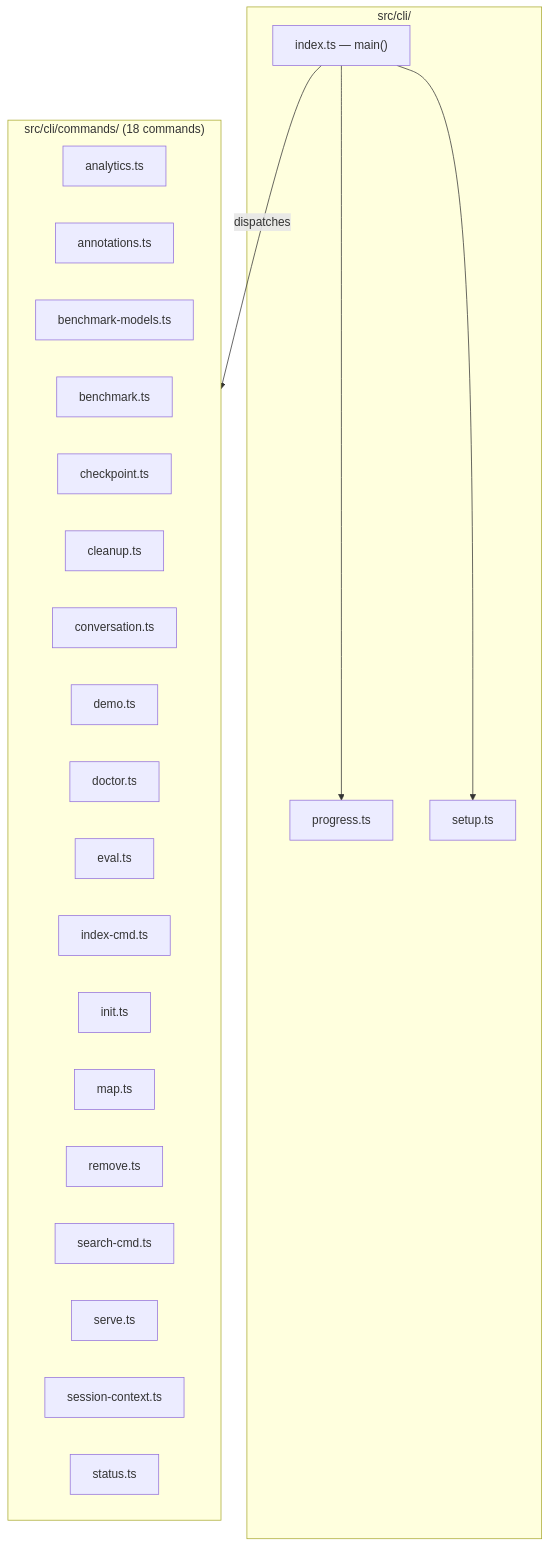
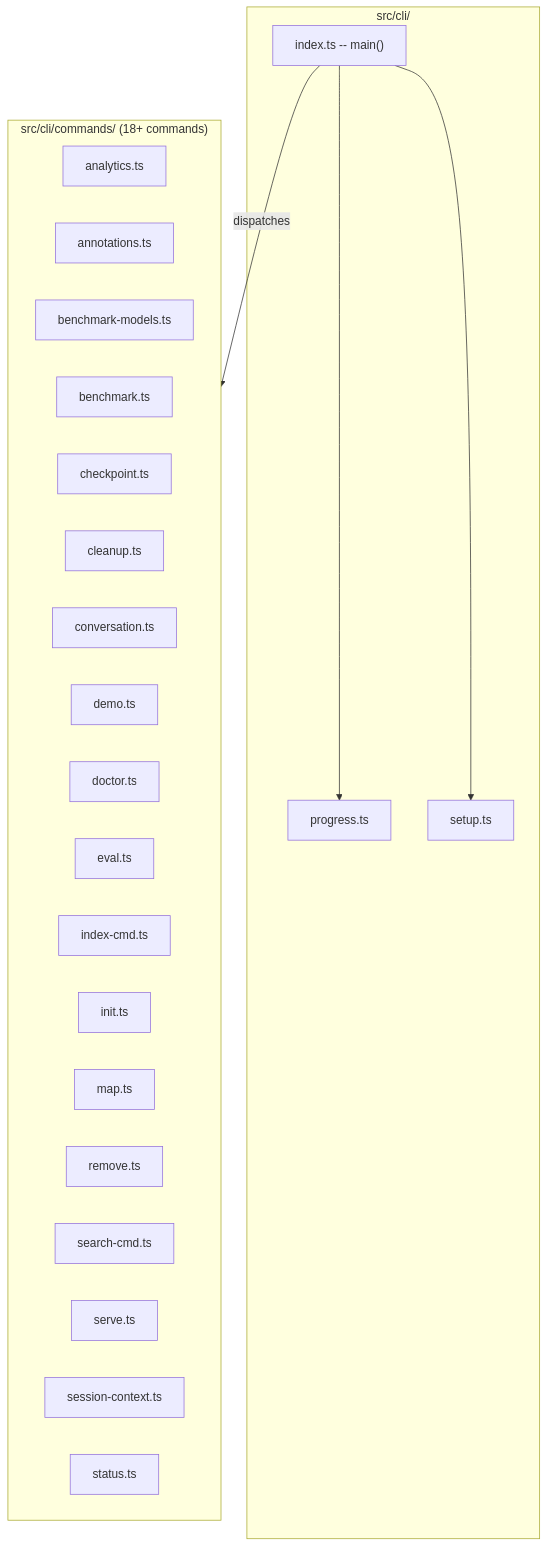
Before and after one commit to TheWinci/mimirs: the first of 2 diagrams in wiki/modules/cli/index.md, drawn with Mermaid. The commit also changed other lines of this file and 27 other files, not shown here.

````diff
--- a/wiki/modules/cli/index.md
+++ b/wiki/modules/cli/index.md
@@ -10,33 +10,33 @@
 ```mermaid
 flowchart TD
   subgraph cliCore["src/cli/"]
-    entrypoint["index.ts — main()"]
+    entrypoint["index.ts -- main()"]
     progress["progress.ts"]
     setup["setup.ts"]
   end
 
-  subgraph commands["src/cli/commands/ (18 commands)"]
+  subgraph commands["src/cli/commands/ (18+ commands)"]
     analytics["analytics.ts"]
     annotations["annotations.ts"]
     benchmarkModels["benchmark-models.ts"]
     benchmark["benchmark.ts"]
     checkpoint["checkpoint.ts"]
     cleanup["cleanup.ts"]
     conversation["conversation.ts"]
     demo["demo.ts"]
     doctor["doctor.ts"]
     evalCmd["eval.ts"]
     indexCmd["index-cmd.ts"]
     initCmd["init.ts"]
     mapCmd["map.ts"]
     remove["remove.ts"]
     searchCmd["search-cmd.ts"]
     serve["serve.ts"]
     sessionContext["session-context.ts"]
     status["status.ts"]
   end
 
   entrypoint -->|dispatches| commands
   entrypoint --> progress
   entrypoint --> setup
 ```
````
